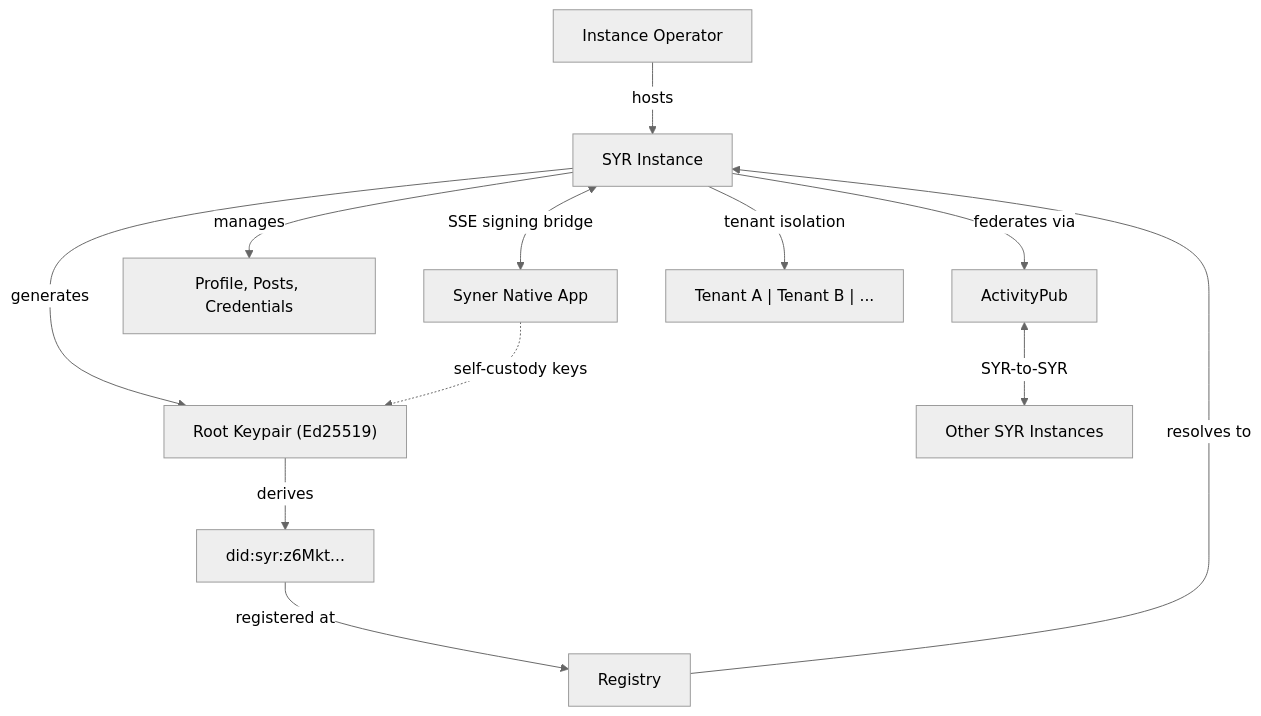
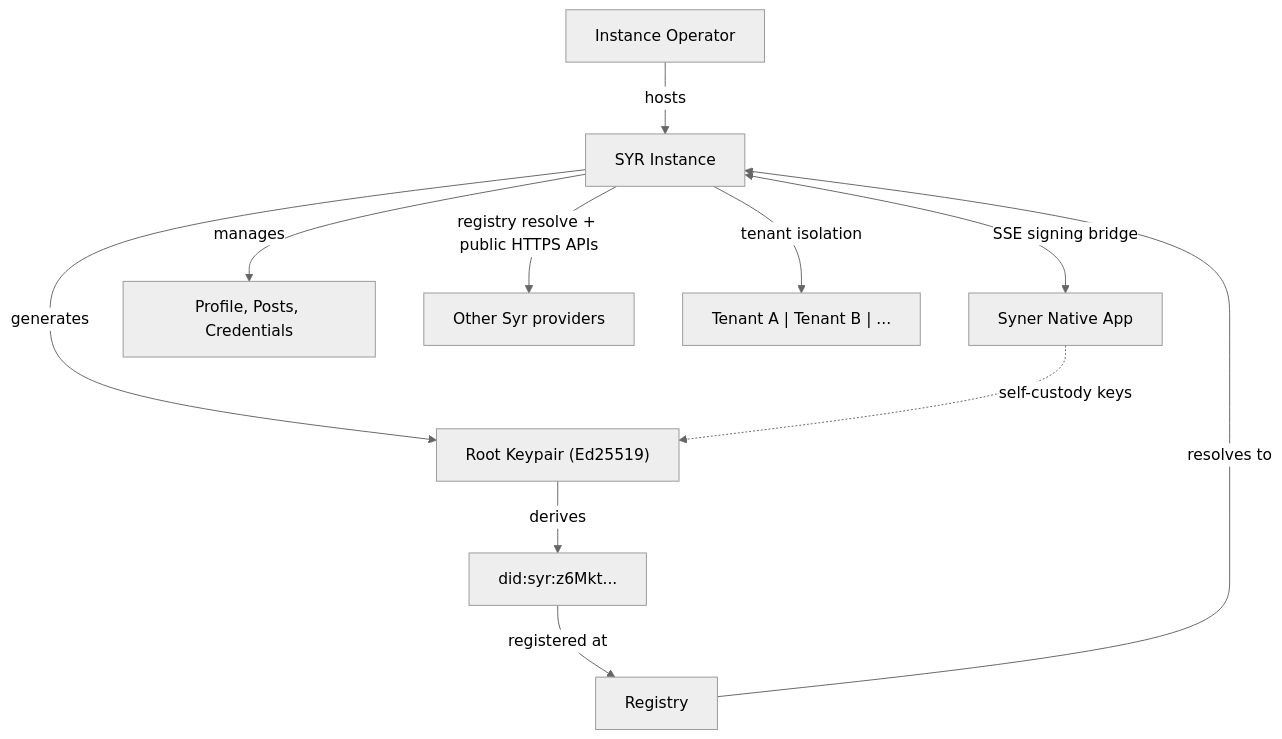
The diagram in apps/docs/app/src/routes/introduction/+page.md (syr-is/syr), drawn with Mermaid (neutral theme) before and after one commit. The commit also changed other lines of this file and 67 other files, not shown here.

````diff
--- a/apps/docs/app/src/routes/introduction/+page.md
+++ b/apps/docs/app/src/routes/introduction/+page.md
@@ -55,14 +55,13 @@
 ```mermaid
 flowchart TD
     Operator["Instance Operator"] -->|hosts| SYR["SYR Instance"]
     SYR -->|generates| RootKey["Root Keypair (Ed25519)"]
     SynerApp["Syner Native App"] -.->|"self-custody keys"| RootKey
     RootKey -->|derives| DID["did:syr:z6Mkt..."]
     DID -->|registered at| Registry["Registry"]
     Registry -->|resolves to| SYR
     SYR -->|manages| ProfileData["Profile, Posts, Credentials"]
-    SYR -->|federates via| AP["ActivityPub"]
-    AP <-->|SYR-to-SYR| OtherSYR["Other SYR Instances"]
+    SYR -->|"registry resolve + public HTTPS APIs"| OtherSYR["Other Syr providers"]
     SYR -->|tenant isolation| Tenants["Tenant A | Tenant B | ..."]
     SYR <-->|"SSE signing bridge"| SynerApp
 ```
````
